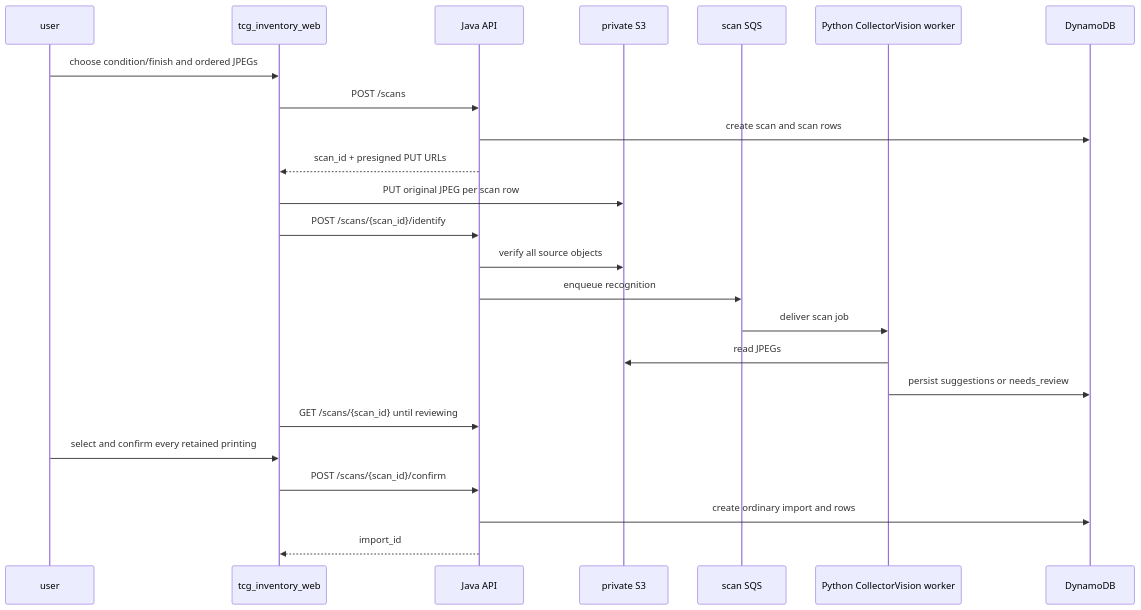
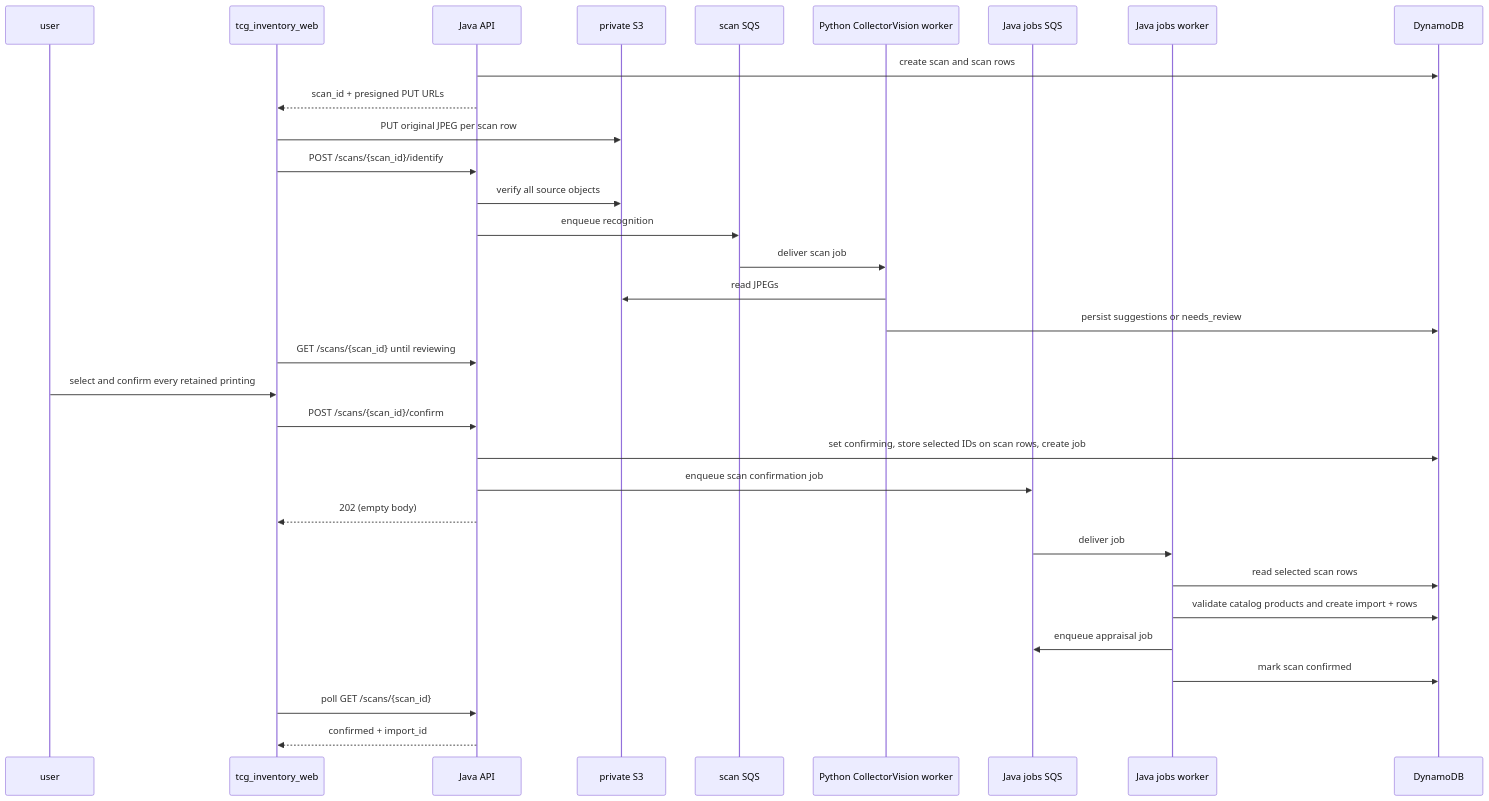
The third of 3 diagrams in tcg_inventory_api/README.md (jordansimsmith/jordansimsmith-com), drawn with Mermaid before and after one commit. The commit also changed other lines of this file and 19 other files, not shown here.

Commit message:
Queue scan confirmation through jobs framework

````diff
--- a/tcg_inventory_api/README.md
+++ b/tcg_inventory_api/README.md
@@ -118,27 +118,34 @@
 ```mermaid
 sequenceDiagram
   participant U as user
   participant W as tcg_inventory_web
   participant A as Java API
   participant S as private S3
   participant Q as scan SQS
   participant P as Python CollectorVision worker
+  participant JQ as Java jobs SQS
+  participant J as Java jobs worker
   participant D as DynamoDB
-
-  U->>W: choose condition/finish and ordered JPEGs
-  W->>A: POST /scans
   A->>D: create scan and scan rows
   A-->>W: scan_id + presigned PUT URLs
   W->>S: PUT original JPEG per scan row
   W->>A: POST /scans/{scan_id}/identify
   A->>S: verify all source objects
   A->>Q: enqueue recognition
   Q->>P: deliver scan job
   P->>S: read JPEGs
   P->>D: persist suggestions or needs_review
   W->>A: GET /scans/{scan_id} until reviewing
   U->>W: select and confirm every retained printing
   W->>A: POST /scans/{scan_id}/confirm
-  A->>D: create ordinary import and rows
-  A-->>W: import_id
+  A->>D: set confirming, store selected IDs on scan rows, create job
+  A->>JQ: enqueue scan confirmation job
+  A-->>W: 202 (empty body)
+  JQ->>J: deliver job
+  J->>D: read selected scan rows
+  J->>D: validate catalog products and create import + rows
+  J->>JQ: enqueue appraisal job
+  J->>D: mark scan confirmed
+  W->>A: poll GET /scans/{scan_id}
+  A-->>W: confirmed + import_id
 ```
````
